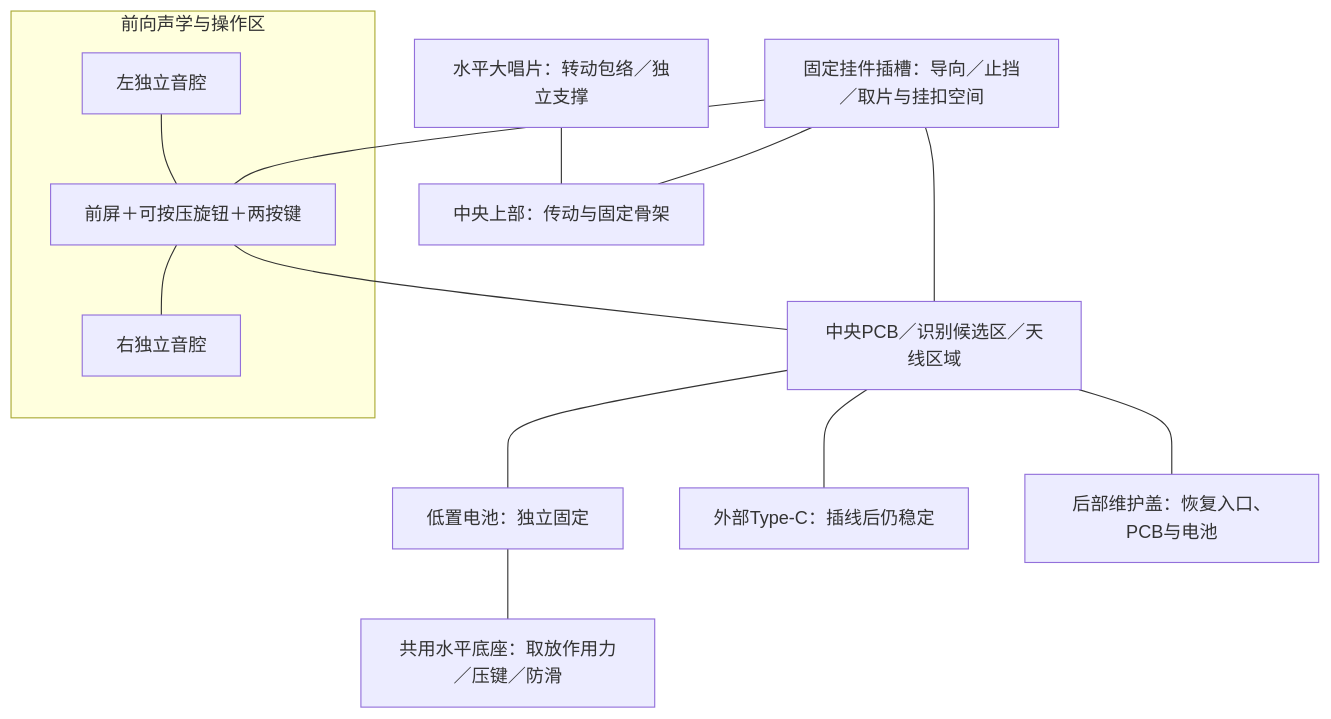
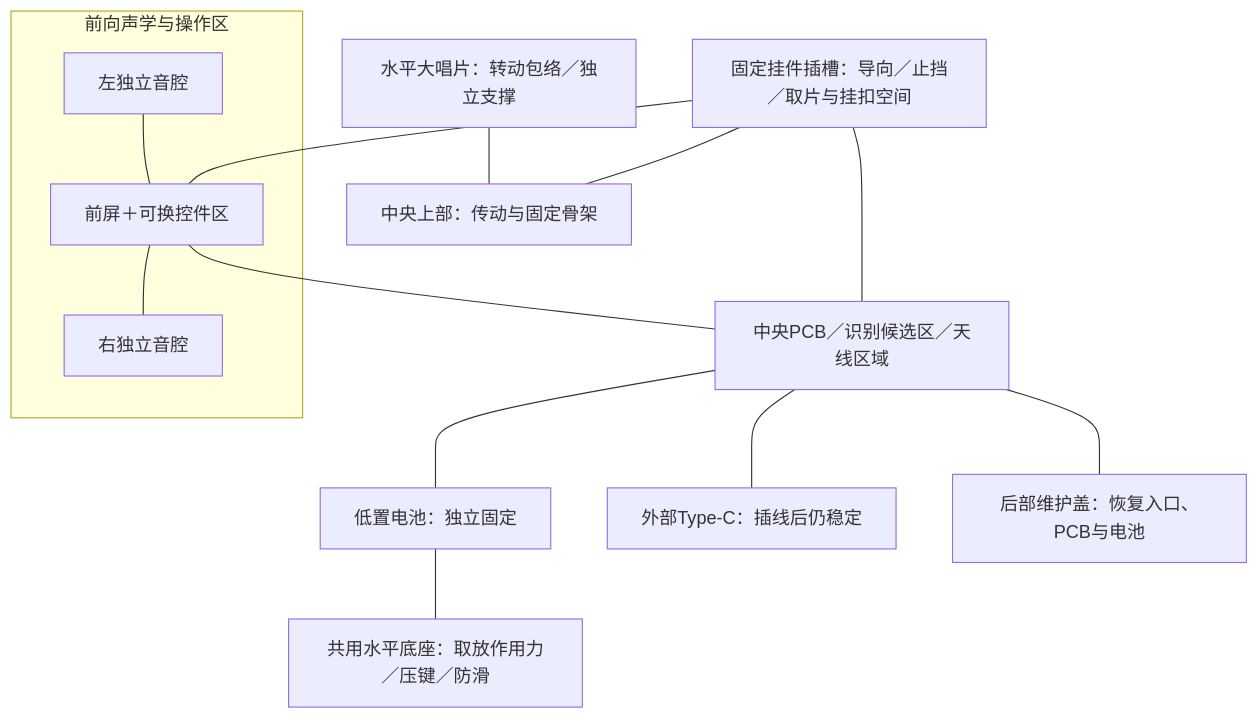
Before and after one commit to yigencong-1/record-companion: the second of 2 diagrams in features/enclosure/README.md, drawn with Mermaid. The commit also changed other lines of this file and 17 other files, not shown here.

````diff
--- a/features/enclosure/README.md
+++ b/features/enclosure/README.md
@@ -112,15 +200,15 @@
 ```mermaid
 flowchart TB
     BD["水平大唱片：转动包络／独立支撑"] --- BS["中央上部：传动与固定骨架"]
     BC["固定挂件插槽：导向／止挡／取片与挂扣空间"] --- BS
     subgraph BF["前向声学与操作区"]
-        BL["左独立音腔"] --- BE["前屏＋可按压旋钮＋两按键"] --- BR["右独立音腔"]
+        BL["左独立音腔"] --- BE["前屏＋可换控件区"] --- BR["右独立音腔"]
     end
     BC --- BE
     BC --- BP["中央PCB／识别候选区／天线区域"]
     BE --- BP
     BP --- BB["低置电池：独立固定"]
     BB --- BT["共用水平底座：取放作用力／压键／防滑"]
     BP --- BU["外部Type-C：插线后仍稳定"]
     BP --- BM["后部维护盖：恢复入口、PCB与电池"]
 ```
````
